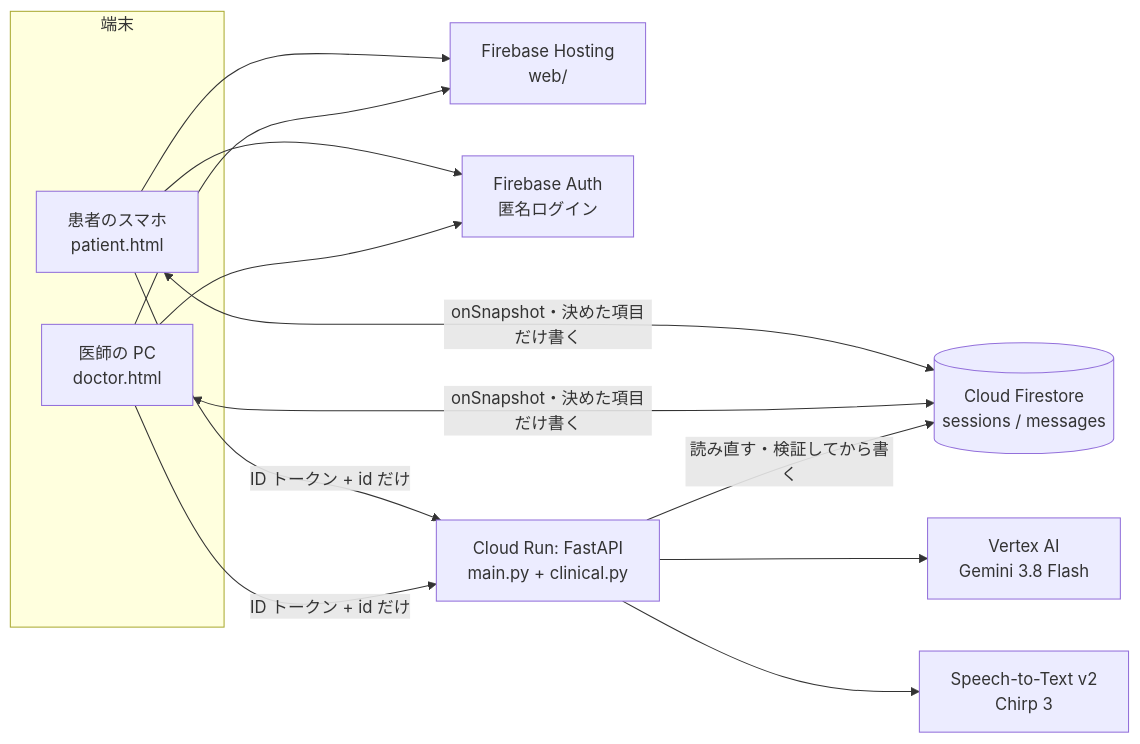
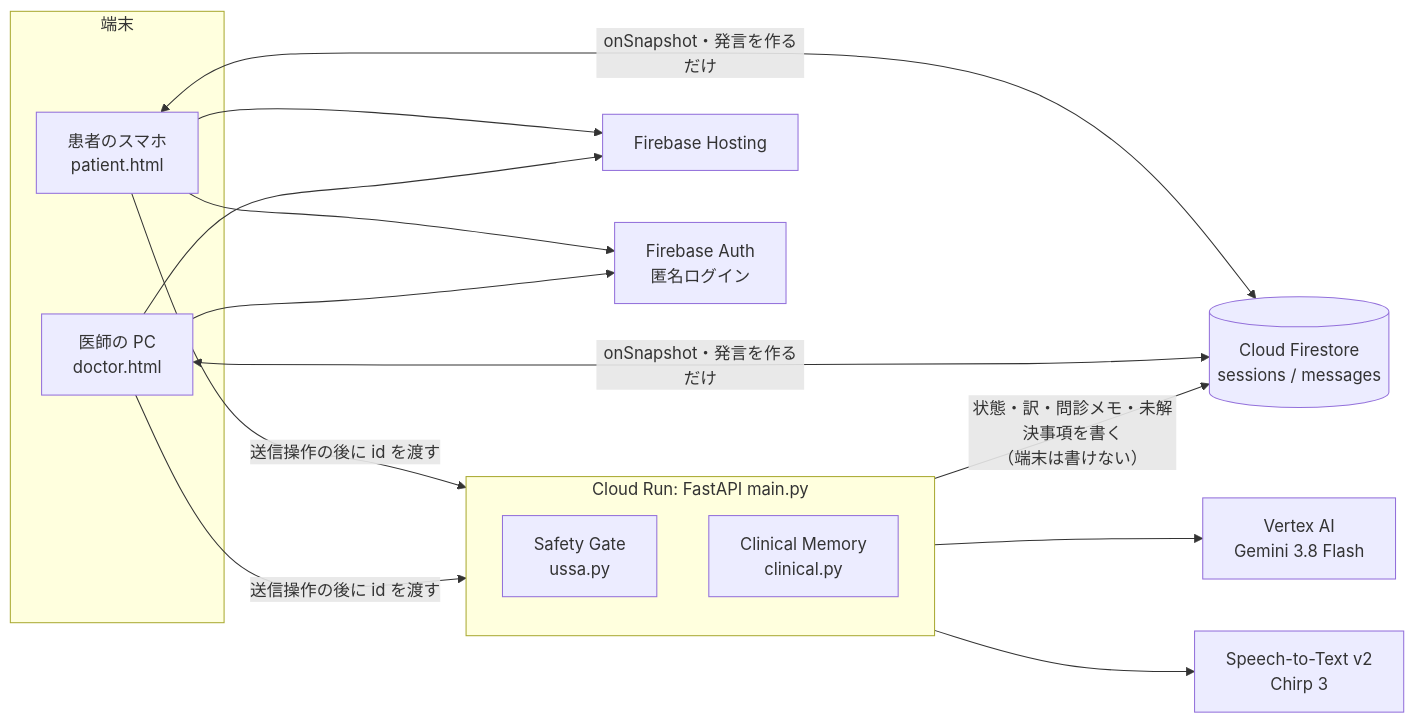
Before and after one commit to Devfest-Hackathon-2026/df-2026-t085: the first of 3 diagrams in ARCHITECTURE.md, drawn with Mermaid. The commit also changed other lines of this file and 9 other files, not shown here.

First line of the commit message:
ドキュメントを UNSAID 2.0（USSA）に更新・スモークテストを Safety Gate の流れに

````diff
--- a/ARCHITECTURE.md
+++ b/ARCHITECTURE.md
@@ -5,20 +8,23 @@
 ```mermaid
 flowchart LR
   subgraph 端末
     P[患者のスマホ<br/>patient.html]
     D[医師の PC<br/>doctor.html]
   end
-  H[Firebase Hosting<br/>web/]
+  H[Firebase Hosting]
   A[Firebase Auth<br/>匿名ログイン]
   F[(Cloud Firestore<br/>sessions / messages)]
-  R[Cloud Run: FastAPI<br/>main.py + clinical.py]
-  G[Vertex AI<br/>Gemini 3.8 Flash]
+  subgraph CR[Cloud Run: FastAPI main.py]
+    G[Safety Gate<br/>ussa.py]
+    M[Clinical Memory<br/>clinical.py]
+  end
+  V[Vertex AI<br/>Gemini 3.8 Flash]
   S[Speech-to-Text v2<br/>Chirp 3]
   P & D --> H
   P & D --> A
-  P & D <-- onSnapshot・決めた項目だけ書く --> F
-  P & D -- ID トークン + id だけ --> R
-  R -- 読み直す・検証してから書く --> F
-  R --> G
-  R --> S
+  P & D <-- onSnapshot・発言を作るだけ --> F
+  P & D -- 送信操作の後に id を渡す --> CR
+  CR -- 状態・訳・問診メモ・未解決事項を書く<br/>（端末は書けない） --> F
+  CR --> V
+  CR --> S
 ```
````
